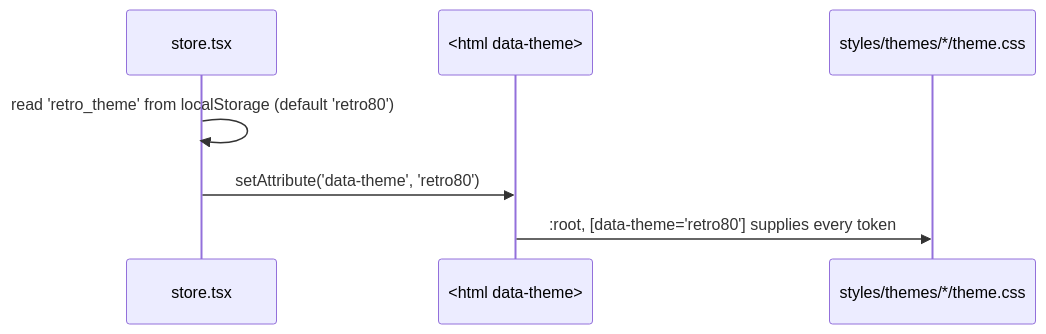
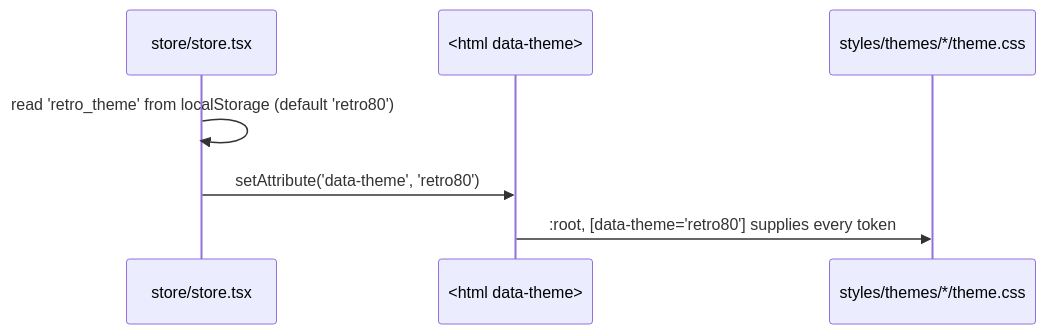
One commit to IrmaJoKerr/ft_transcendence-ludo changed the diagram in docs/frontend/frontend-styles-system.md. Above: the diagram before and after it, drawn with Mermaid. The commit also changed other lines of this file and 111 other files, not shown here.

````diff
--- a/docs/frontend/frontend-styles-system.md
+++ b/docs/frontend/frontend-styles-system.md
@@ -153,10 +170,10 @@
 ```mermaid
 sequenceDiagram
-    participant Store as store.tsx
+    participant Store as store/store.tsx
     participant HTML as <html data-theme>
     participant CSS as styles/themes/*/theme.css
 
     Store->>Store: read 'retro_theme' from localStorage (default 'retro80')
     Store->>HTML: setAttribute('data-theme', 'retro80')
     HTML->>CSS: :root, [data-theme='retro80'] supplies every token
 ```
````
